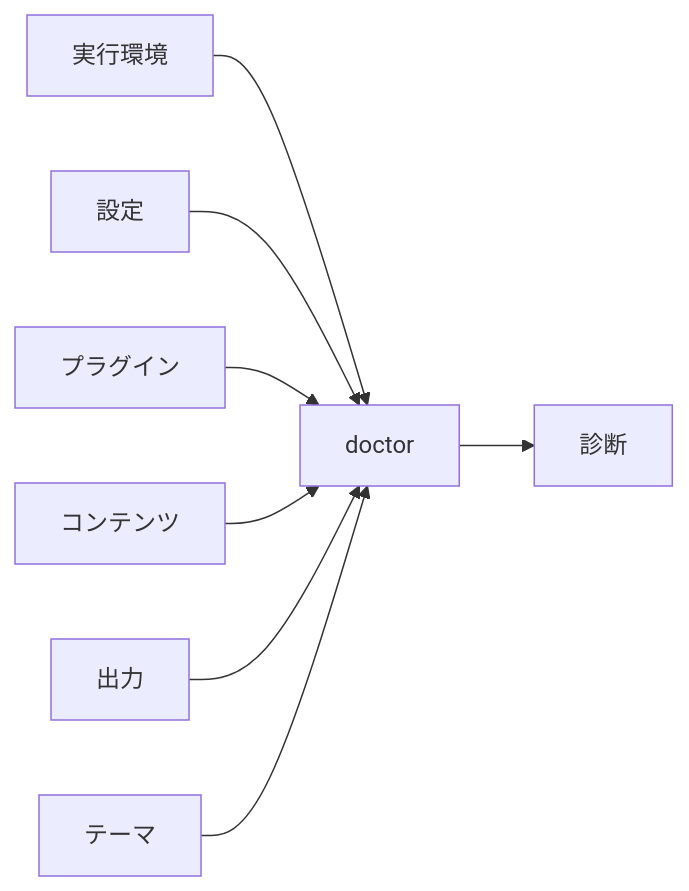
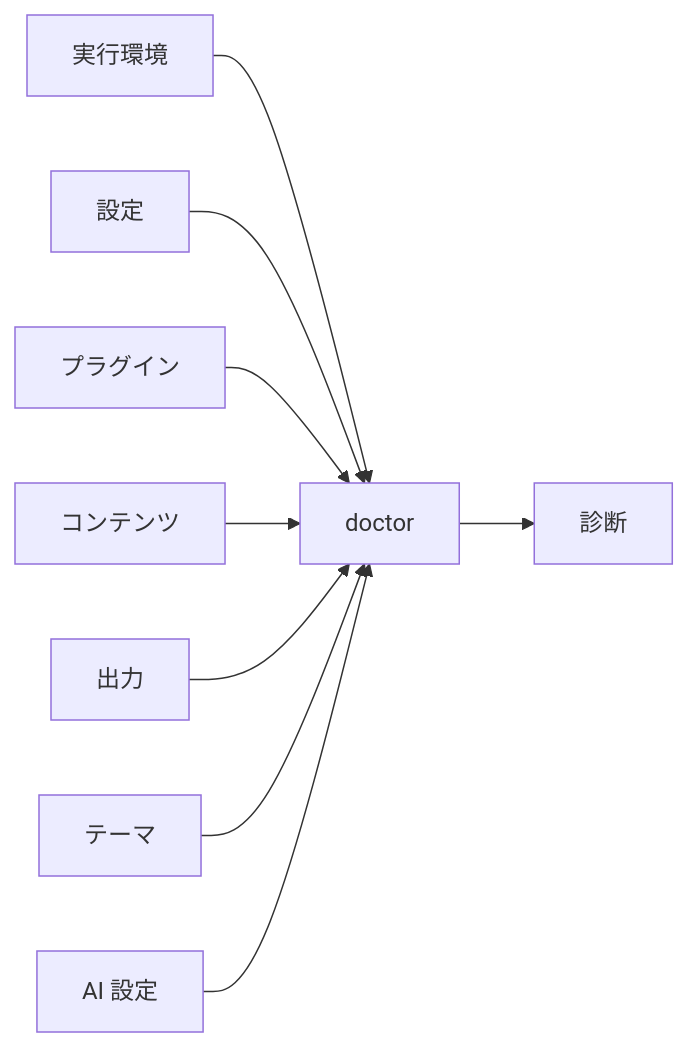
One commit to Rerurate514/riebeckite changed the second of 2 diagrams in docs/docs/reference/cli/development.ja.md. Above: the diagram before and after it, drawn with Mermaid. The commit also changed other lines of this file and 31 other files, not shown here.

````diff
--- a/docs/docs/reference/cli/development.ja.md
+++ b/docs/docs/reference/cli/development.ja.md
@@ -122,18 +122,20 @@
 ```mermaid id="f8k3hz"
 flowchart LR
     Environment["実行環境"]
     Config["設定"]
     Plugin["プラグイン"]
     Content["コンテンツ"]
     Output["出力"]
     Theme["テーマ"]
+    AI["AI 設定"]
 
     Environment --> Doctor["doctor"]
     Config --> Doctor
     Plugin --> Doctor
     Content --> Doctor
     Output --> Doctor
     Theme --> Doctor
+    AI --> Doctor
 
     Doctor --> Diagnostics["診断"]
 ```
````
